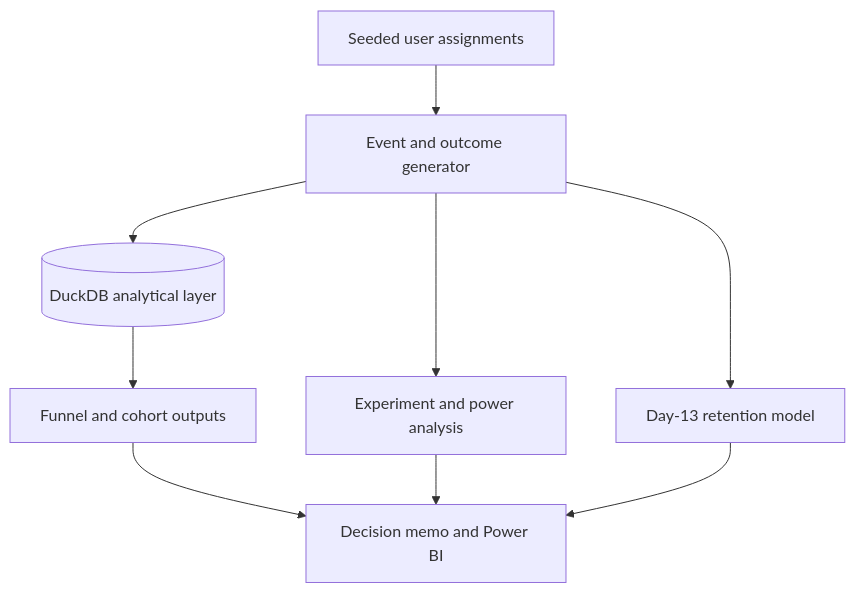
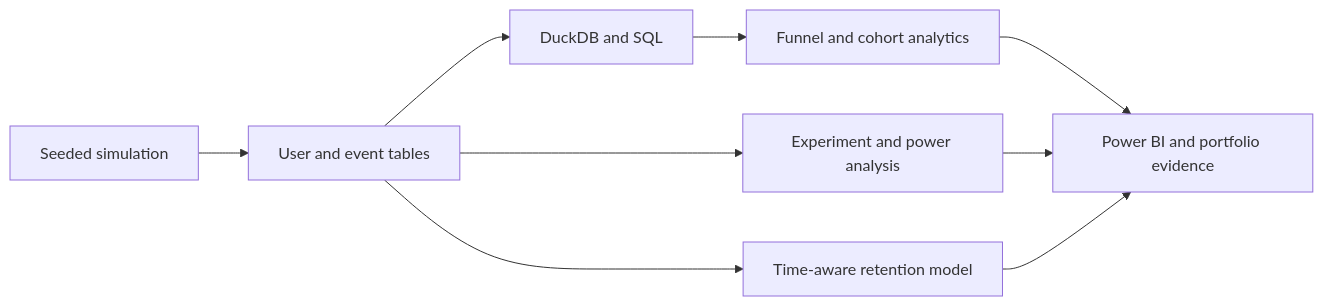
The diagram in README.md (RishiRatnakarData/product-experimentation-analytics), drawn with Mermaid before and after one commit. The commit also changed other lines of this file and 24 other files, not shown here.

Commit message:
Enhance product experiment validation and portfolio showcase

````diff
--- a/README.md
+++ b/README.md
@@ -45,11 +80,11 @@
 ```mermaid
-flowchart TD
-    A[Seeded user assignments] --> B[Event and outcome generator]
-    B --> C[(DuckDB analytical layer)]
-    C --> D[Funnel and cohort outputs]
-    B --> E[Experiment and power analysis]
-    B --> F[Day-13 retention model]
-    D --> G[Decision memo and Power BI]
-    E --> G
-    F --> G
+flowchart LR
+  A[Seeded simulation] --> B[User and event tables]
+  B --> C[DuckDB and SQL]
+  C --> D[Funnel and cohort analytics]
+  B --> E[Experiment and power analysis]
+  B --> F[Time-aware retention model]
+  D --> G[Power BI and portfolio evidence]
+  E --> G
+  F --> G
 ```
````
